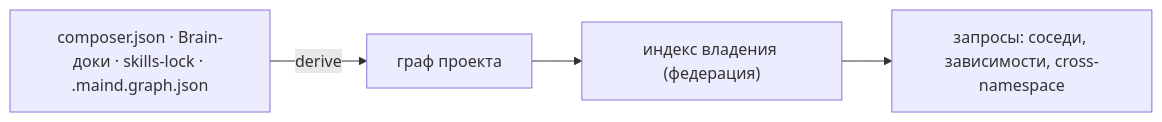
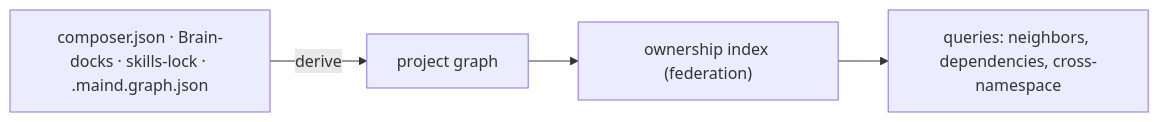
One commit to academici/swissknifeman changed the fourth of 5 diagrams in packages/maind/docs/guide/design-notes.md. Above: the diagram before and after it, drawn with Mermaid. The commit also changed other lines of this file and 1553 other files, not shown here.

````diff
--- a/packages/maind/docs/guide/design-notes.md
+++ b/packages/maind/docs/guide/design-notes.md
@@ -135,6 +135,6 @@
 ```mermaid
 flowchart LR
-  SRC["composer.json · Brain-доки · skills-lock · .maind.graph.json"] -->|derive| G["граф проекта"]
-  G --> IDX["индекс владения (федерация)"]
-  IDX --> Q["запросы: соседи, зависимости, cross-namespace"]
+  SRC["composer.json · Brain-docks · skills-lock · .maind.graph.json"] -->|derive| G["project graph"]
+  G --> IDX["ownership index (federation)"]
+  IDX --> Q["queries: neighbors, dependencies, cross-namespace"]
 ```
````
